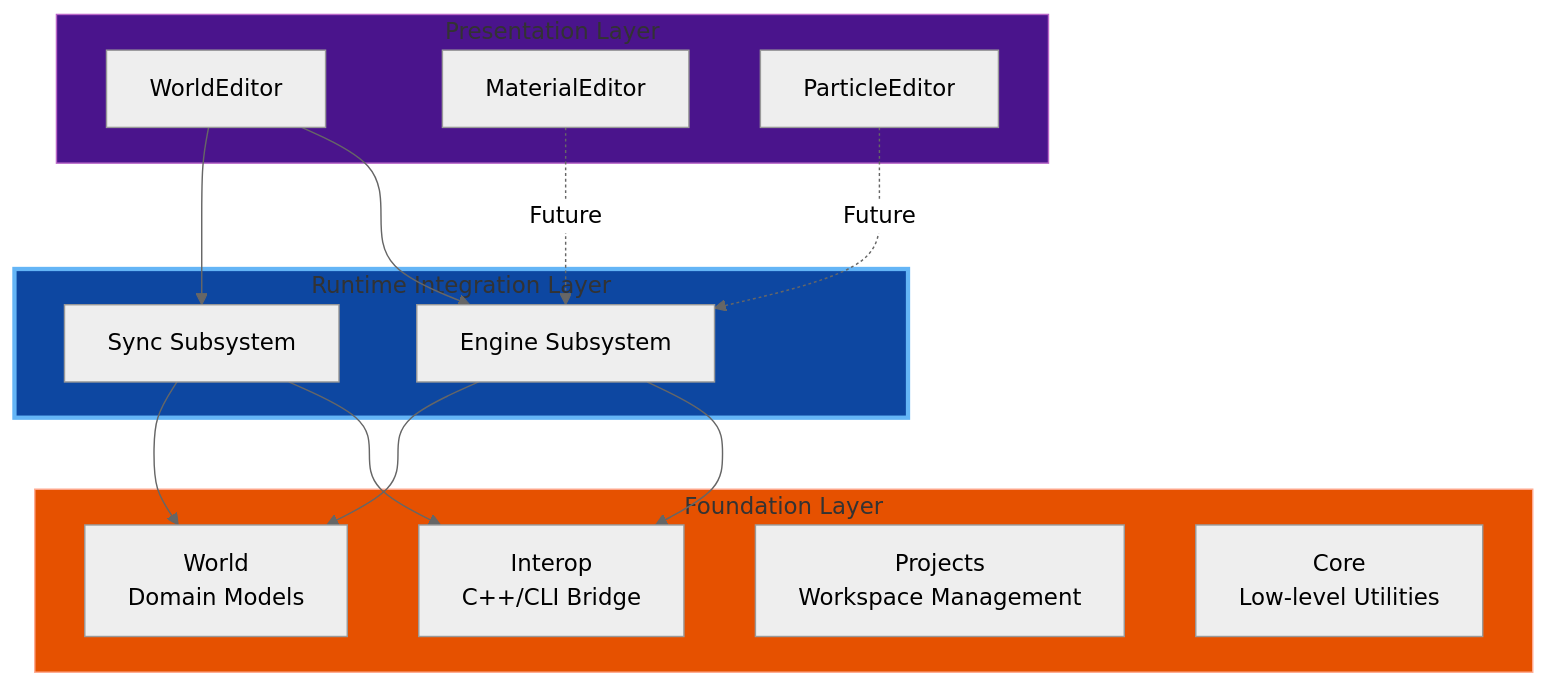
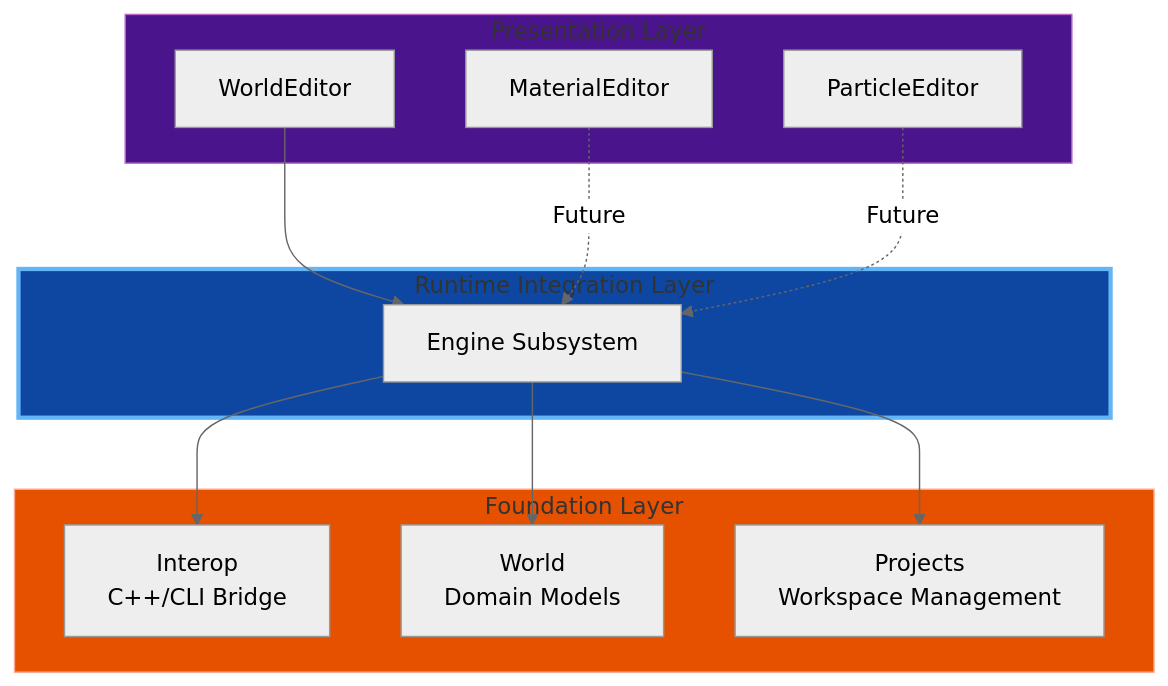
The first of 5 diagrams in projects/Oxygen.Editor.Runtime/README.md (abdes/DroidNet), drawn with Mermaid (neutral theme) before and after one commit. The commit also changed other lines of this file and 15 other files, not shown here.

````diff
--- a/projects/Oxygen.Editor.Runtime/README.md
+++ b/projects/Oxygen.Editor.Runtime/README.md
@@ -30,34 +31,30 @@
 ```mermaid
 graph TD
     subgraph Presentation["Presentation Layer"]
         WE[WorldEditor]
         ME[MaterialEditor]
         PE[ParticleEditor]
     end
 
     subgraph Runtime["Runtime Integration Layer"]
         ENG[Engine Subsystem]
-        SYNC[Sync Subsystem]
     end
 
     subgraph Foundation["Foundation Layer"]
         INTEROP[Interop<br/>C++/CLI Bridge]
         WORLD[World<br/>Domain Models]
         PROJECTS[Projects<br/>Workspace Management]
-        CORE[Core<br/>Low-level Utilities]
     end
 
     WE --> ENG
-    WE --> SYNC
     ME -.Future.-> ENG
     PE -.Future.-> ENG
 
     ENG --> INTEROP
-    SYNC --> INTEROP
-    SYNC --> WORLD
     ENG --> WORLD
+    ENG --> PROJECTS
 
     style Runtime fill:#0d47a1,stroke:#64b5f6,stroke-width:3px
     style Presentation fill:#4a148c,stroke:#ba68c8
     style Foundation fill:#e65100,stroke:#ffab91
 ```
````
